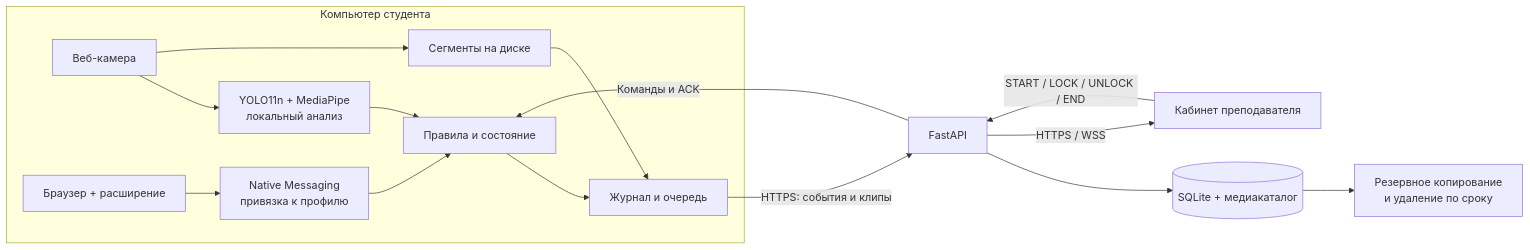
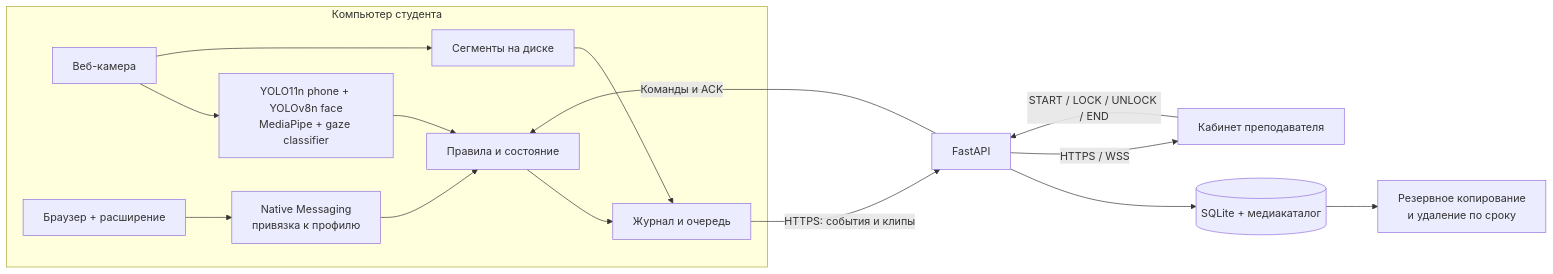
One commit to ovverage/hackaton-kru changed the second of 2 diagrams in README.md. Above: the diagram before and after it, drawn with Mermaid. The commit also changed other lines of this file and 63 other files, not shown here.

Commit message:
Ship trained local phone and gaze models in Qorgau 0.4.5

````diff
--- a/README.md
+++ b/README.md
@@ -191,18 +199,18 @@
 ```mermaid
 flowchart LR
     subgraph PC[Компьютер студента]
-        Camera[Веб-камера] --> CV["YOLO11n + MediaPipe<br/>локальный анализ"]
+        Camera[Веб-камера] --> CV["YOLO11n phone + YOLOv8n face<br/>MediaPipe + gaze classifier"]
         CV --> Rules[Правила и состояние]
         Camera --> Buffer[Сегменты на диске]
         Rules --> Queue[Журнал и очередь]
         Buffer --> Queue
         Browser[Браузер + расширение] --> Host["Native Messaging<br/>привязка к профилю"]
         Host --> Rules
     end
     Queue -->|HTTPS: события и клипы| API[FastAPI]
     API --> DB[(SQLite + медиакаталог)]
     API -->|HTTPS / WSS| Teacher[Кабинет преподавателя]
     Teacher -->|START / LOCK / UNLOCK / END| API
     API -->|Команды и ACK| Rules
     DB --> Backup["Резервное копирование<br/>и удаление по сроку"]
 ```
````
